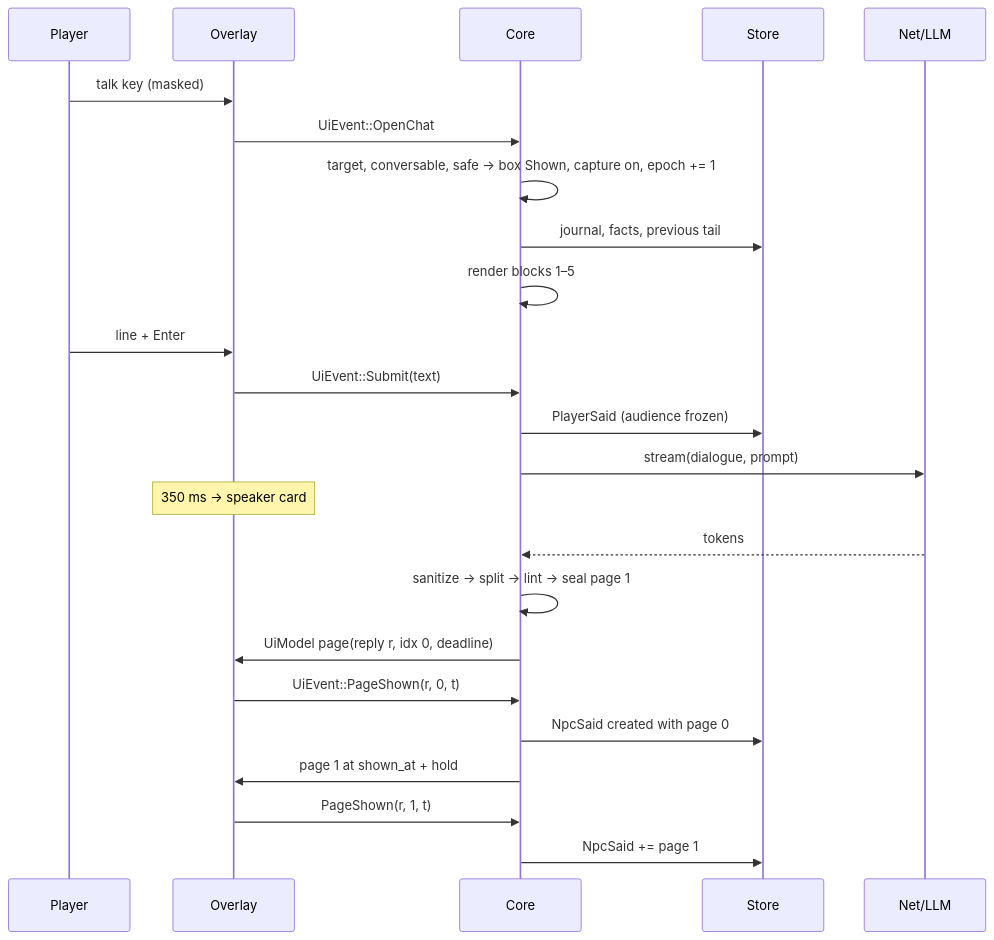
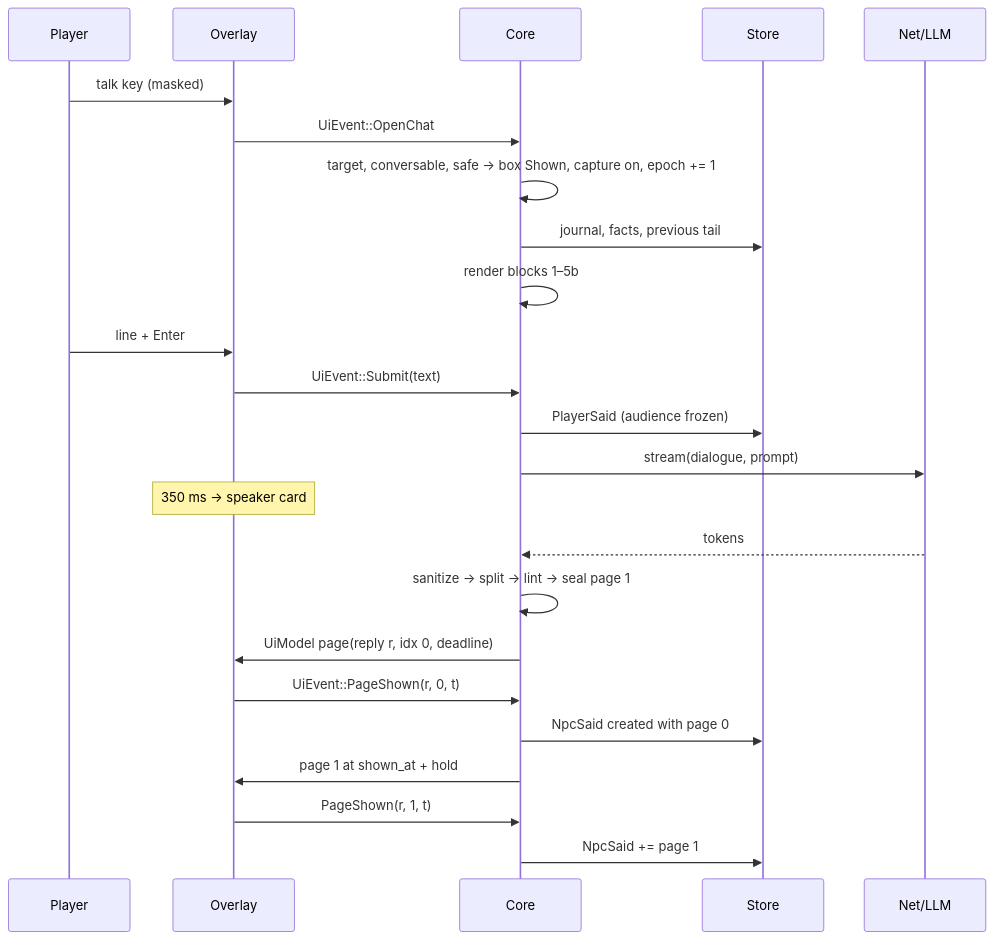
One commit to Pt0l3my/EldenNet changed the third of 5 diagrams in docs/design/npcs-and-dialogue.md. Above: the diagram before and after it, drawn with Mermaid. The commit also changed other lines of this file and 3 other files, not shown here.

````diff
--- a/docs/design/npcs-and-dialogue.md
+++ b/docs/design/npcs-and-dialogue.md
@@ -894,26 +1106,26 @@
 ```mermaid
 sequenceDiagram
   participant P as Player
   participant O as Overlay
   participant C as Core
   participant S as Store
   participant N as Net/LLM
   P->>O: talk key (masked)
   O->>C: UiEvent::OpenChat
   C->>C: target, conversable, safe → box Shown, capture on, epoch += 1
   C->>S: journal, facts, previous tail
-  C->>C: render blocks 1–5
+  C->>C: render blocks 1–5b
   P->>O: line + Enter
   O->>C: UiEvent::Submit(text)
   C->>S: PlayerSaid (audience frozen)
   C->>N: stream(dialogue, prompt)
   Note over O: 350 ms → speaker card
   N-->>C: tokens
   C->>C: sanitize → split → lint → seal page 1
   C->>O: UiModel page(reply r, idx 0, deadline)
   O->>C: UiEvent::PageShown(r, 0, t)
   C->>S: NpcSaid created with page 0
   C->>O: page 1 at shown_at + hold
   O->>C: PageShown(r, 1, t)
   C->>S: NpcSaid += page 1
 ```
````
